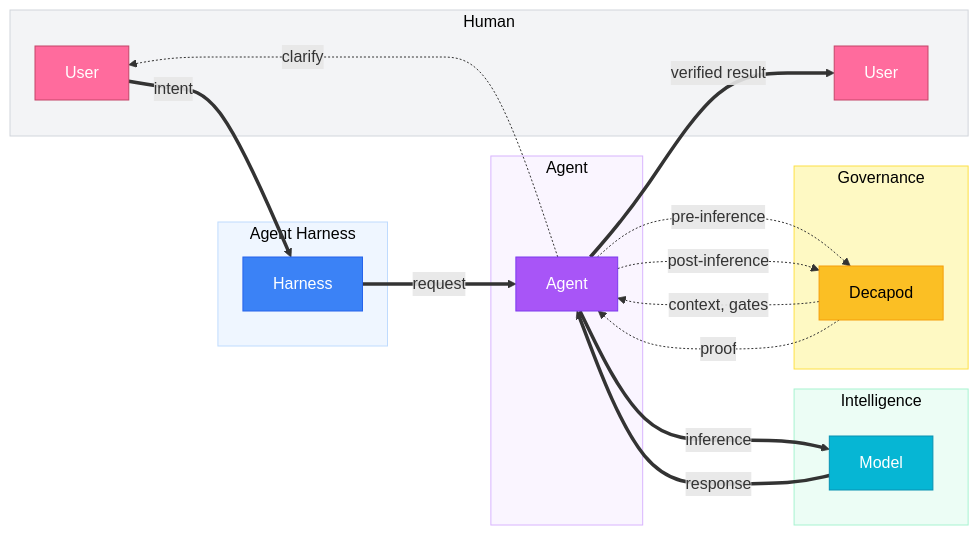
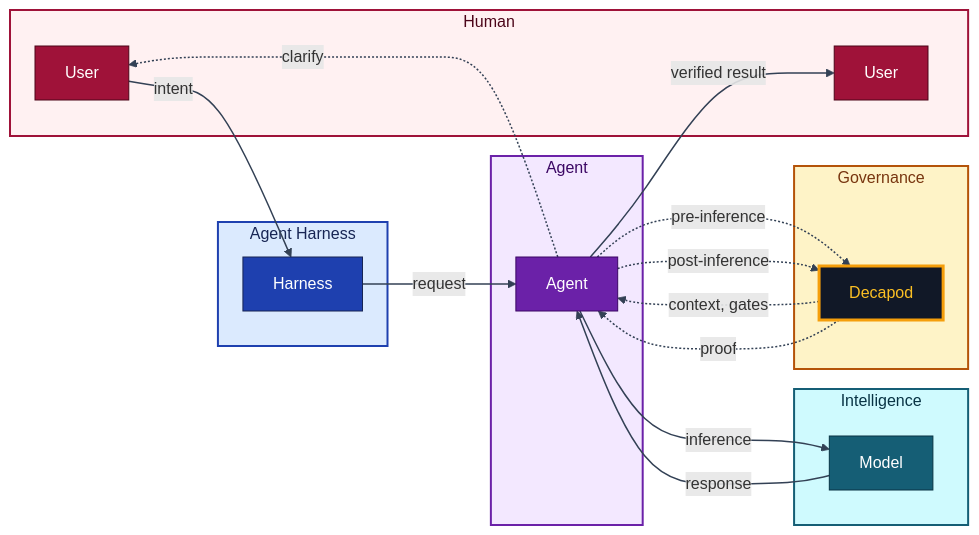
One commit to DecapodLabs/decapod changed the diagram in README.md. Above: the diagram before and after it, drawn with Mermaid.

Commit message:
docs: raise mermaid diagram contrast in README
Use deeper node fills, white labels, darker group strokes, and a
high-contrast Decapod node so the flowchart reads clearly on GitHub.

````diff
--- a/README.md
+++ b/README.md
@@ -71,46 +71,47 @@
 ```mermaid
 flowchart LR
     subgraph HumanGroup["Human"]
         UserIn["User"]
         UserOut["User"]
     end
 
     subgraph HarnessGroup["Agent Harness"]
         HarnessNode["Harness"]
     end
 
     subgraph IntelligenceGroup["Intelligence"]
         ModelNode["Model"]
     end
 
     subgraph GovernanceGroup["Governance"]
         DecapodNode["Decapod"]
     end
 
     subgraph AgentGroup["Agent"]
         AgentNode["Agent"]
     end
 
     UserIn ==>|intent| HarnessNode
     HarnessNode ==>|request| AgentNode
     AgentNode -.->|pre-inference| DecapodNode
     DecapodNode -.->|context, gates| AgentNode
     AgentNode ==>|inference| ModelNode
     ModelNode ==>|response| AgentNode
     AgentNode -.->|post-inference| DecapodNode
     DecapodNode -.->|proof| AgentNode
     AgentNode ==>|verified result| UserOut
     AgentNode -.->|clarify| UserIn
 
-    style UserIn fill:#ff6b9d,stroke:#c44569,color:#fff
-    style UserOut fill:#ff6b9d,stroke:#c44569,color:#fff
-    style HarnessNode fill:#3b82f6,stroke:#2563eb,color:#fff
-    style AgentNode fill:#a855f7,stroke:#7c3aed,color:#fff
-    style ModelNode fill:#06b6d4,stroke:#0891b2,color:#fff
-    style DecapodNode fill:#fbbf24,stroke:#f59e0b,color:#000
-    style HumanGroup fill:#f3f4f6,stroke:#d1d5db,color:#000
-    style HarnessGroup fill:#eff6ff,stroke:#bfdbfe,color:#000
-    style IntelligenceGroup fill:#ecfdf5,stroke:#a7f3d0,color:#000
-    style GovernanceGroup fill:#fef9c3,stroke:#fde047,color:#000
-    style AgentGroup fill:#faf5ff,stroke:#d8b4fe,color:#000
+    style UserIn fill:#9f1239,stroke:#4c0519,color:#ffffff
+    style UserOut fill:#9f1239,stroke:#4c0519,color:#ffffff
+    style HarnessNode fill:#1e40af,stroke:#172554,color:#ffffff
+    style AgentNode fill:#6b21a8,stroke:#3b0764,color:#ffffff
+    style ModelNode fill:#155e75,stroke:#083344,color:#ffffff
+    style DecapodNode fill:#111827,stroke:#f59e0b,color:#fbbf24,stroke-width:3px
+    style HumanGroup fill:#fff1f2,stroke:#9f1239,color:#4c0519,stroke-width:2px
+    style HarnessGroup fill:#dbeafe,stroke:#1e40af,color:#172554,stroke-width:2px
+    style IntelligenceGroup fill:#cffafe,stroke:#155e75,color:#083344,stroke-width:2px
+    style GovernanceGroup fill:#fef3c7,stroke:#b45309,color:#78350f,stroke-width:2px
+    style AgentGroup fill:#f3e8ff,stroke:#6b21a8,color:#3b0764,stroke-width:2px
+    linkStyle default stroke:#334155,stroke-width:1.5px
 ```
````
